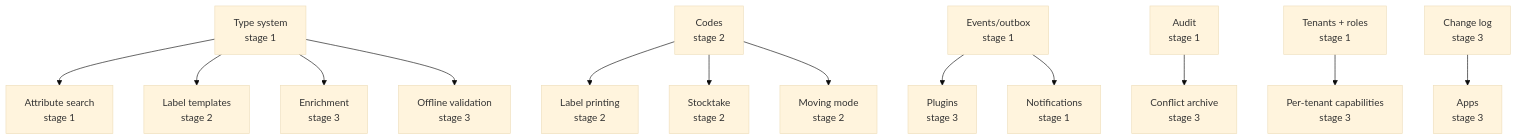
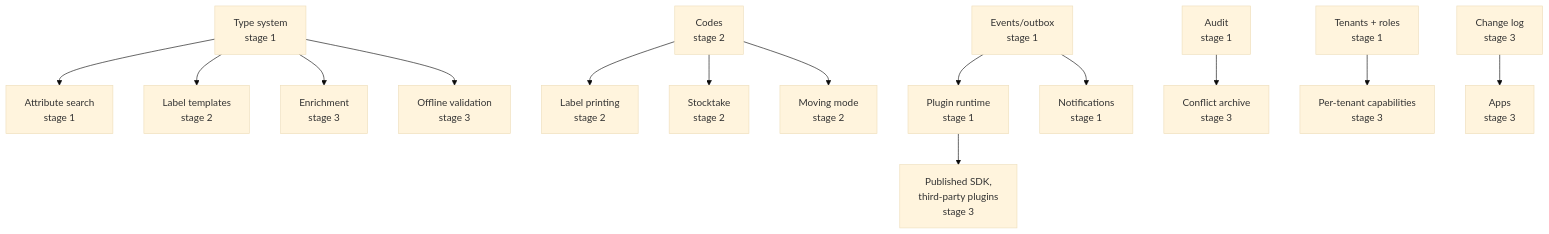
One commit to greluc/Home-Inventory changed the second of 2 diagrams in docs/requirements/04-roadmap-and-stages.md. Above: the diagram before and after it, drawn with Mermaid (base theme). The commit also changed other lines of this file and 38 other files, not shown here.

````diff
--- a/docs/requirements/04-roadmap-and-stages.md
+++ b/docs/requirements/04-roadmap-and-stages.md
@@ -108,15 +128,16 @@
 ```mermaid
 graph TD
     A["Type system<br/>stage 1"] --> B["Attribute search<br/>stage 1"]
     A --> C["Label templates<br/>stage 2"]
     A --> D["Enrichment<br/>stage 3"]
     A --> E["Offline validation<br/>stage 3"]
     F["Codes<br/>stage 2"] --> G["Label printing<br/>stage 2"]
     F --> H["Stocktake<br/>stage 2"]
     F --> I["Moving mode<br/>stage 2"]
-    J["Events/outbox<br/>stage 1"] --> K["Plugins<br/>stage 3"]
+    J["Events/outbox<br/>stage 1"] --> K["Plugin runtime<br/>stage 1"]
+    K --> K2["Published SDK,<br/>third-party plugins<br/>stage 3"]
     J --> L["Notifications<br/>stage 1"]
     M["Audit<br/>stage 1"] --> N["Conflict archive<br/>stage 3"]
     O["Tenants + roles<br/>stage 1"] --> P["Per-tenant capabilities<br/>stage 3"]
     Q["Change log<br/>stage 3"] --> R["Apps<br/>stage 3"]
 ```
````
